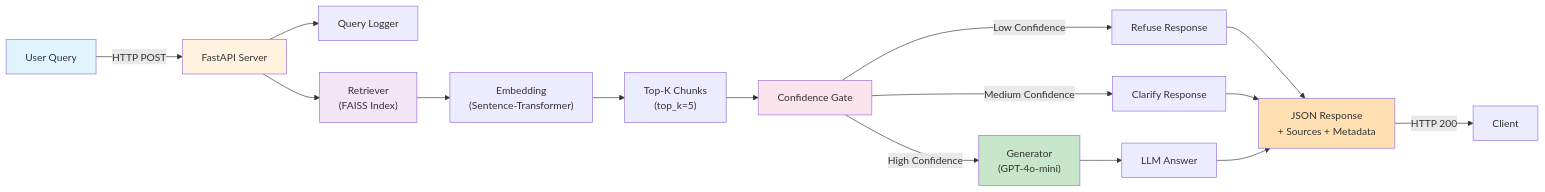
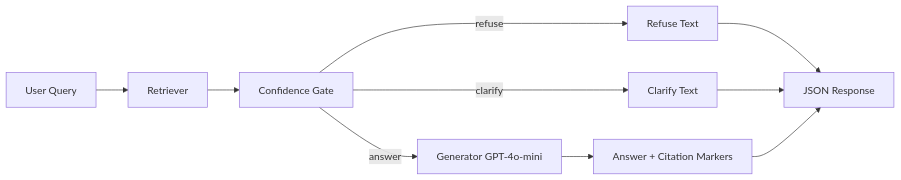
One commit to VinaySampath14/enterprise-knowledge-assistant changed the first of 2 diagrams in README.md. Above: the diagram before and after it, drawn with Mermaid. The commit also changed other lines of this file and 27 other files, not shown here.

````diff
--- a/README.md
+++ b/README.md
@@ -32,24 +26,12 @@
 ```mermaid
 graph LR
-    A["User Query"] -->|HTTP POST| B["FastAPI Server"]
-    B --> C["Query Logger"]
-    B --> D["Retriever\n(FAISS Index)"]
-    D --> E["Embedding\n(Sentence-Transformer)"]
-    E --> F["Top-K Chunks\n(top_k=5)"]
-    F --> G["Confidence Gate"]
-    G -->|Low Confidence| H["Refuse Response"]
-    G -->|Medium Confidence| I["Clarify Response"]
-    G -->|High Confidence| J["Generator\n(GPT-4o-mini)"]
-    J --> K["LLM Answer"]
-    H --> L["JSON Response\n+ Sources + Metadata"]
-    I --> L
-    K --> L
-    L -->|HTTP 200| M["Client"]
-    
-    style A fill:#e1f5ff
-    style B fill:#fff3e0
-    style D fill:#f3e5f5
-    style G fill:#fce4ec
-    style J fill:#c8e6c9
-    style L fill:#ffe0b2
+    Q[User Query] --> R[Retriever]
+    R --> G[Confidence Gate]
+    G -->|refuse| X[Refuse Text]
+    G -->|clarify| C[Clarify Text]
+    G -->|answer| LLM[Generator GPT-4o-mini]
+    LLM --> A[Answer + Citation Markers]
+    X --> O[JSON Response]
+    C --> O
+    A --> O
 ```
````
